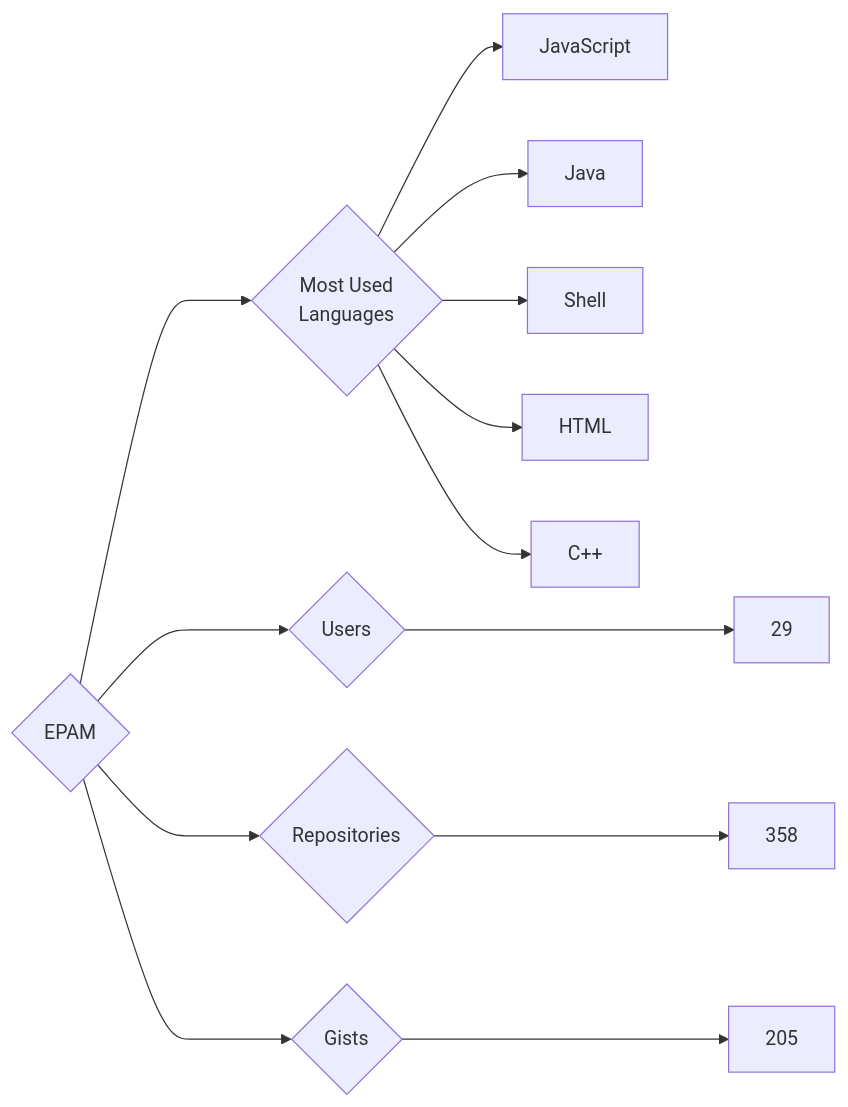
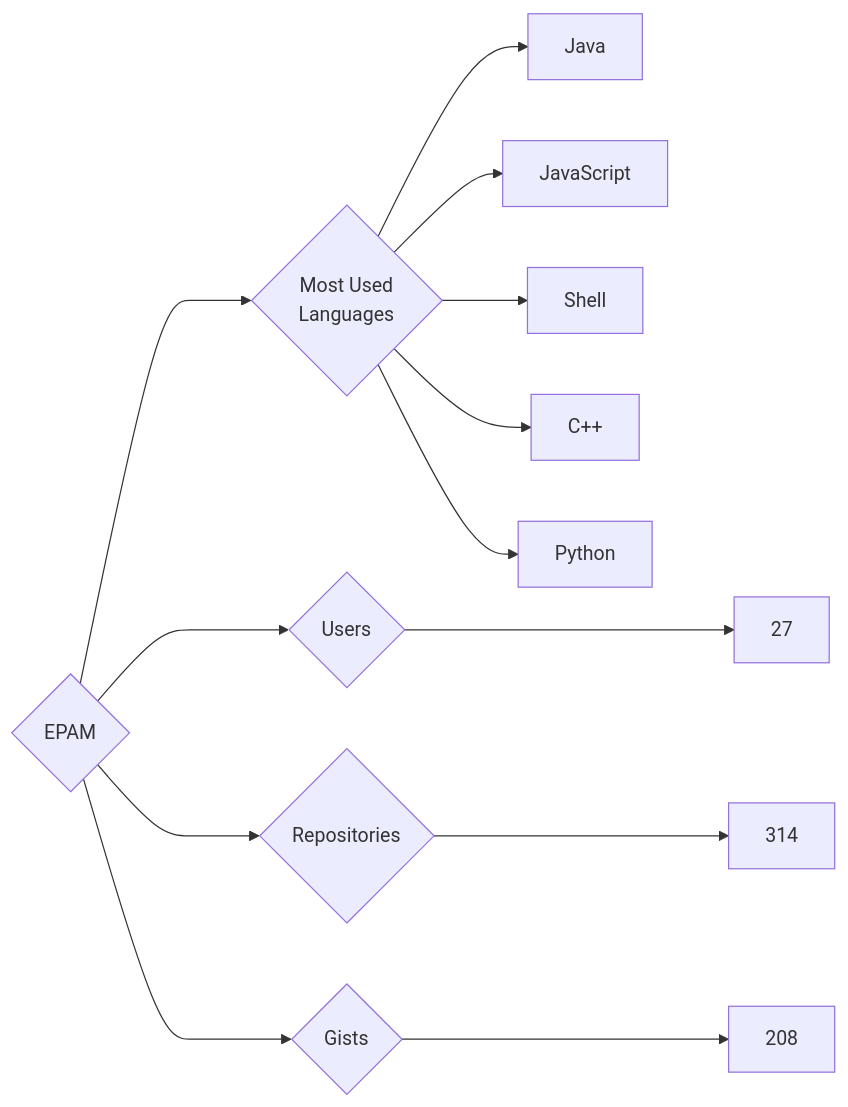
The diagram in targets/EPAM/README.md (trickest/insiders), drawn with Mermaid before and after one commit. The commit also changed 718 other files, not shown here.

````diff
--- a/targets/EPAM/README.md
+++ b/targets/EPAM/README.md
@@ -3,13 +3,13 @@
 ```mermaid
 graph LR
 COMPANY_NAME{EPAM}
-COMPANY_NAME ---> U{Users} ---> UN[29]
-COMPANY_NAME ---> R{Repositories} ---> RN[358]
-COMPANY_NAME ---> G{Gists} ---> GN[205]
+COMPANY_NAME ---> U{Users} ---> UN[27]
+COMPANY_NAME ---> R{Repositories} ---> RN[314]
+COMPANY_NAME ---> G{Gists} ---> GN[208]
 COMPANY_NAME ---> ML{Most Used<br>Languages}
+ML --> Java[Java]
 ML --> JavaScript[JavaScript]
-ML --> Java[Java]
 ML --> Shell[Shell]
-ML --> HTML[HTML]
 ML --> C++[C++]
+ML --> Python[Python]
 ```
````
